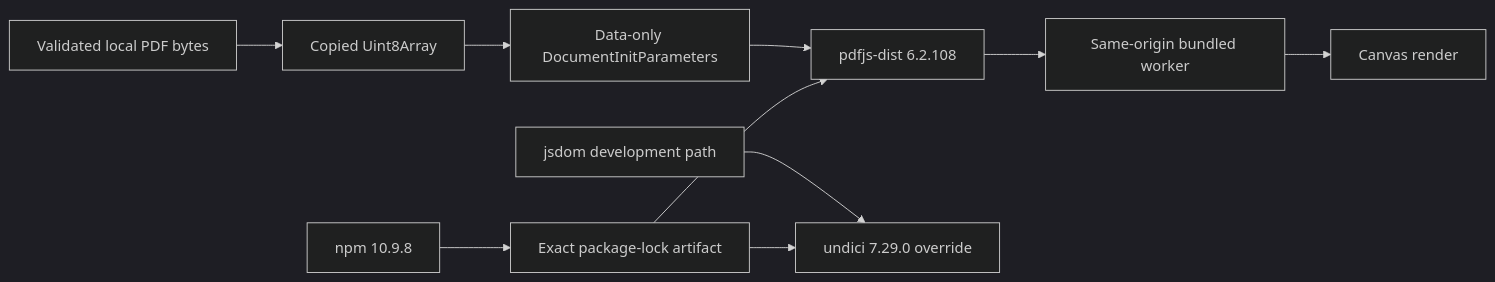
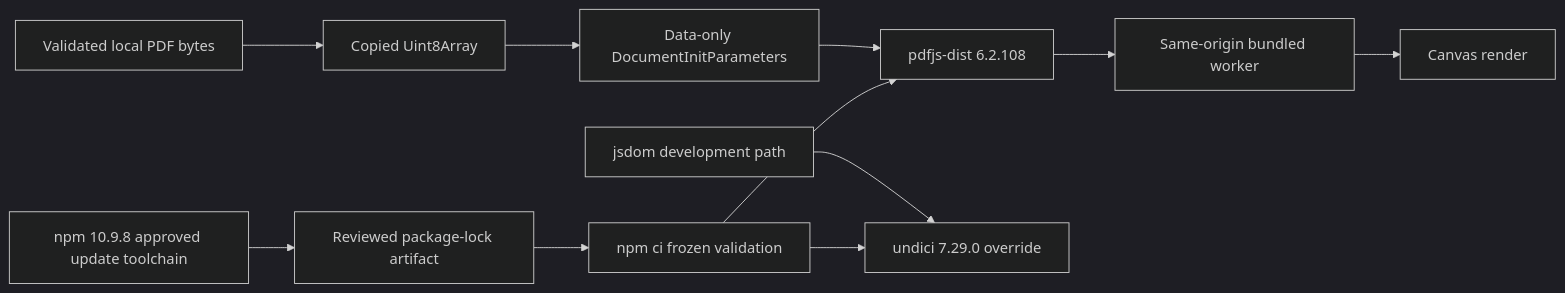
One commit to ContextualWisdomLab/bandscope changed the diagram in docs/doctoring/high-security-pdf-http-baseline.md. Above: the diagram before and after it, drawn with Mermaid (dark theme). The commit also changed other lines of this file, not shown here.

Commit message:
docs(security): align npm lock provenance with frozen validation

````diff
--- a/docs/doctoring/high-security-pdf-http-baseline.md
+++ b/docs/doctoring/high-security-pdf-http-baseline.md
@@ -13,12 +13,13 @@
 ```mermaid
 flowchart LR
     A[Validated local PDF bytes] --> B[Copied Uint8Array]
     B --> D[Data-only DocumentInitParameters]
     D --> C[pdfjs-dist 6.2.108]
     C --> W[Same-origin bundled worker]
     W --> R[Canvas render]
     J[jsdom development path] --> U[undici 7.29.0 override]
-    N[npm 10.9.8] --> L[Exact package-lock artifact]
-    L --> C
-    L --> U
+    N[npm 10.9.8 approved update toolchain] --> L[Reviewed package-lock artifact]
+    L --> V[npm ci frozen validation]
+    V --> C
+    V --> U
 ```
````
